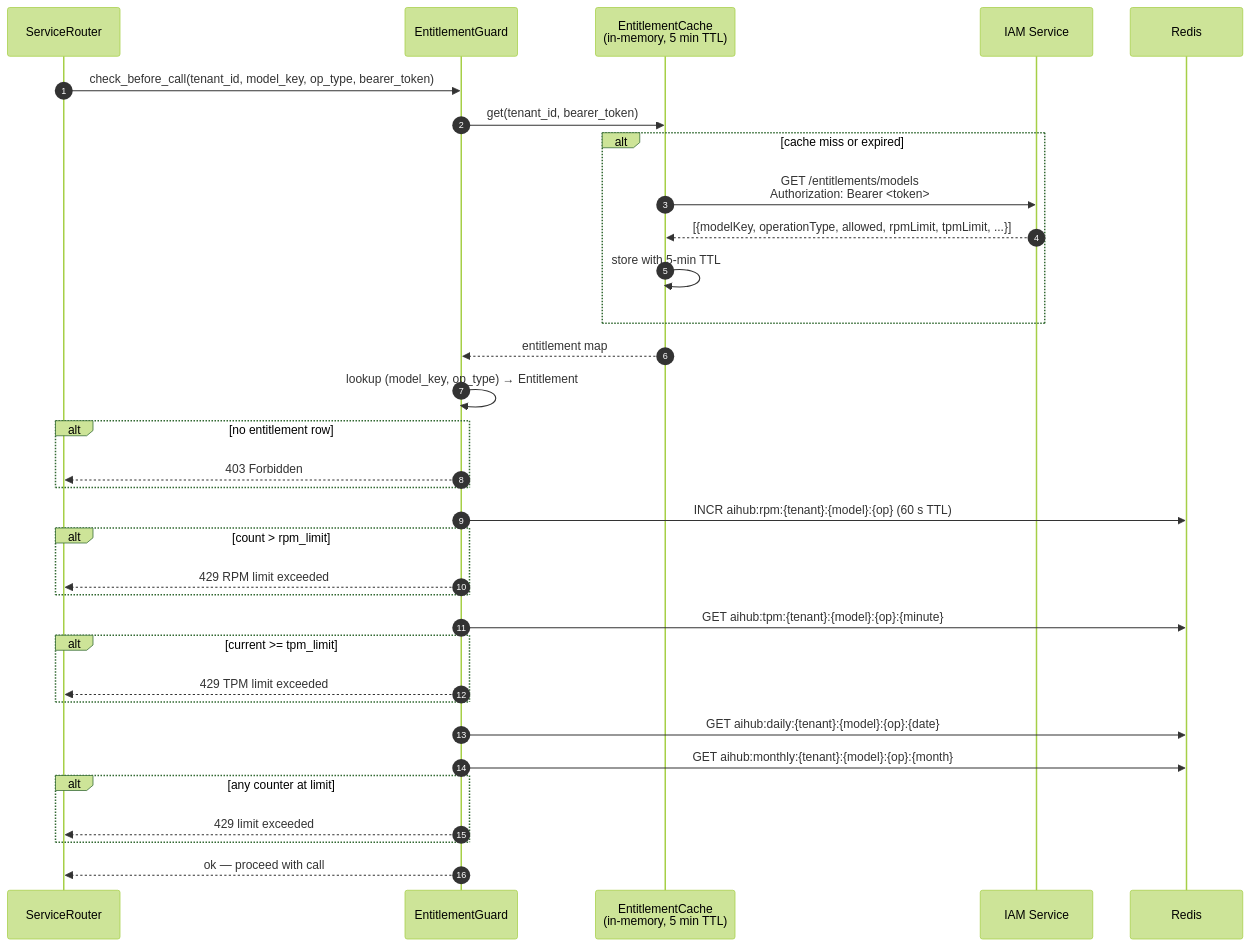
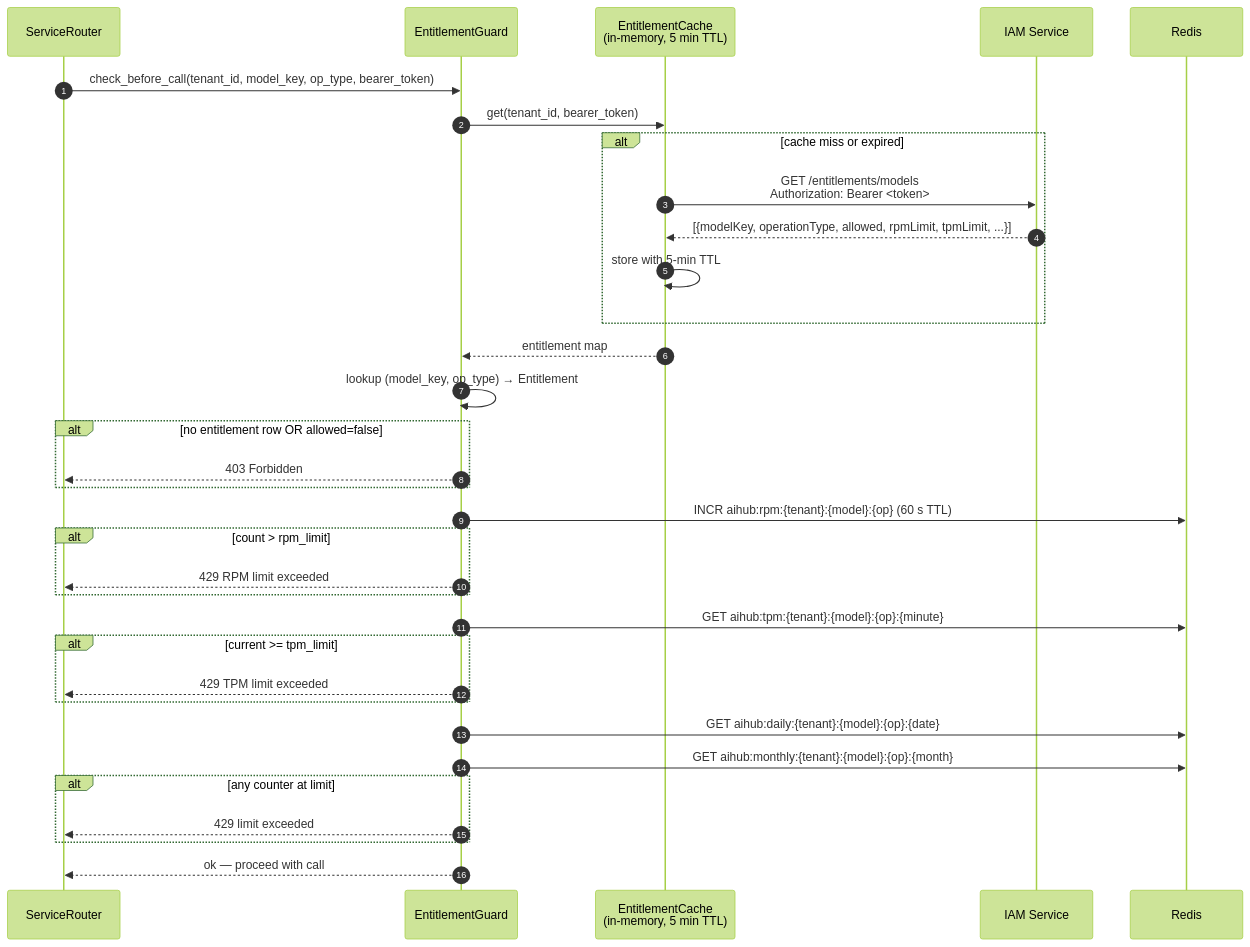
Before and after one commit to Andrew-Bu1/Agent-Platform: the eighth of 8 diagrams in docs/architecture/aihub/sequence.md, drawn with Mermaid (forest theme). The commit also changed 19 other files, not shown here.

Commit message:
refactor(aihub: Refactor aihub api, database, flow

````diff
--- a/docs/architecture/aihub/sequence.md
+++ b/docs/architecture/aihub/sequence.md
@@ -250,43 +250,43 @@
 ```mermaid
 sequenceDiagram
     autonumber
     participant SR as ServiceRouter
     participant EG as EntitlementGuard
     participant Cache as EntitlementCache<br/>(in-memory, 5 min TTL)
     participant IAM as IAM Service
     participant Redis as Redis
 
     SR->>EG: check_before_call(tenant_id, model_key, op_type, bearer_token)
     EG->>Cache: get(tenant_id, bearer_token)
 
     alt cache miss or expired
         Cache->>IAM: GET /entitlements/models<br/>Authorization: Bearer <token>
         IAM-->>Cache: [{modelKey, operationType, allowed, rpmLimit, tpmLimit, ...}]
         Cache->>Cache: store with 5-min TTL
     end
 
     Cache-->>EG: entitlement map
     EG->>EG: lookup (model_key, op_type) → Entitlement
 
-    alt no entitlement row
+    alt no entitlement row OR allowed=false
         EG-->>SR: 403 Forbidden
     end
 
     EG->>Redis: INCR aihub:rpm:{tenant}:{model}:{op} (60 s TTL)
     alt count > rpm_limit
         EG-->>SR: 429 RPM limit exceeded
     end
 
     EG->>Redis: GET aihub:tpm:{tenant}:{model}:{op}:{minute}
     alt current >= tpm_limit
         EG-->>SR: 429 TPM limit exceeded
     end
 
     EG->>Redis: GET aihub:daily:{tenant}:{model}:{op}:{date}
     EG->>Redis: GET aihub:monthly:{tenant}:{model}:{op}:{month}
     alt any counter at limit
         EG-->>SR: 429 limit exceeded
     end
 
     EG-->>SR: ok — proceed with call
 ```
````
